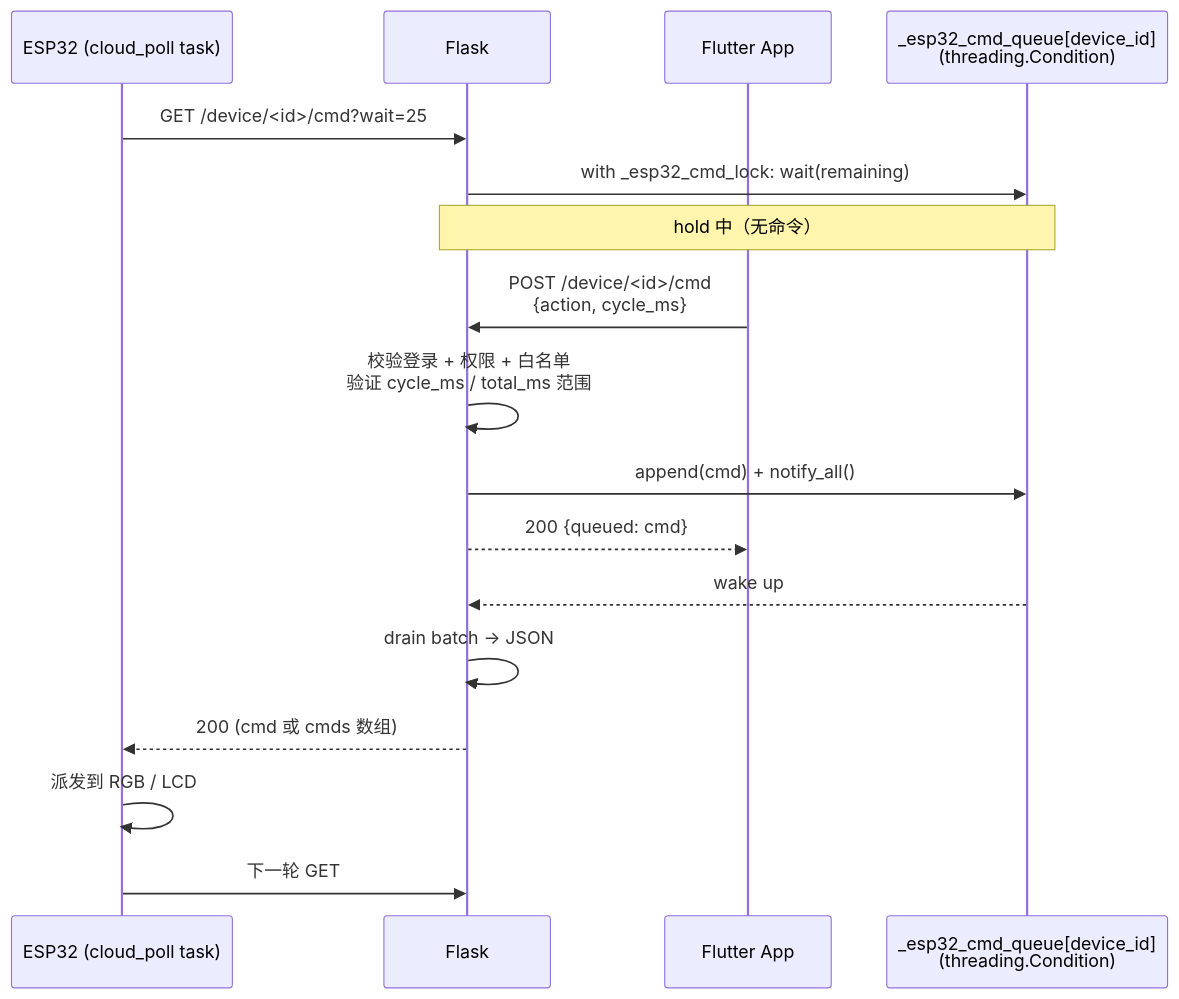
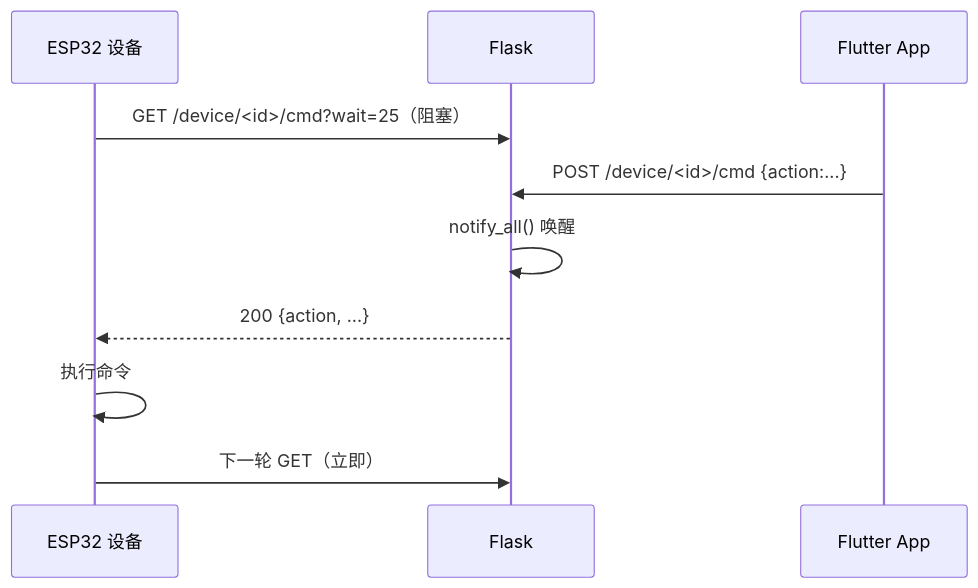
Before and after one commit to ch308/ADHD_Monitor: the eighth of 10 diagrams in README.md, drawn with Mermaid. The commit also changed other lines of this file, not shown here.

````diff
--- a/README.md
+++ b/README.md
@@ -627,22 +327,13 @@
 ```mermaid
 sequenceDiagram
-    participant Board as ESP32 (cloud_poll task)
+    participant Device as ESP32 设备
     participant Flask
     participant App as Flutter App
-    participant Q as _esp32_cmd_queue[device_id]<br/>(threading.Condition)
 
-    Board->>Flask: GET /device/<id>/cmd?wait=25
-    Flask->>Q: with _esp32_cmd_lock: wait(remaining)
-    Note over Flask,Q: hold 中（无命令）
-
-    App->>Flask: POST /device/<id>/cmd<br/>{action, cycle_ms}
-    Flask->>Flask: 校验登录 + 权限 + 白名单<br/>验证 cycle_ms / total_ms 范围
-    Flask->>Q: append(cmd) + notify_all()
-    Flask-->>App: 200 {queued: cmd}
-
-    Q-->>Flask: wake up
-    Flask->>Flask: drain batch → JSON
-    Flask-->>Board: 200 (cmd 或 cmds 数组)
-    Board->>Board: 派发到 RGB / LCD
-    Board->>Flask: 下一轮 GET
+    Device->>Flask: GET /device/<id>/cmd?wait=25（阻塞）
+    App->>Flask: POST /device/<id>/cmd {action:...}
+    Flask->>Flask: notify_all() 唤醒
+    Flask-->>Device: 200 {action, ...}
+    Device->>Device: 执行命令
+    Device->>Flask: 下一轮 GET（立即）
 ```
````
